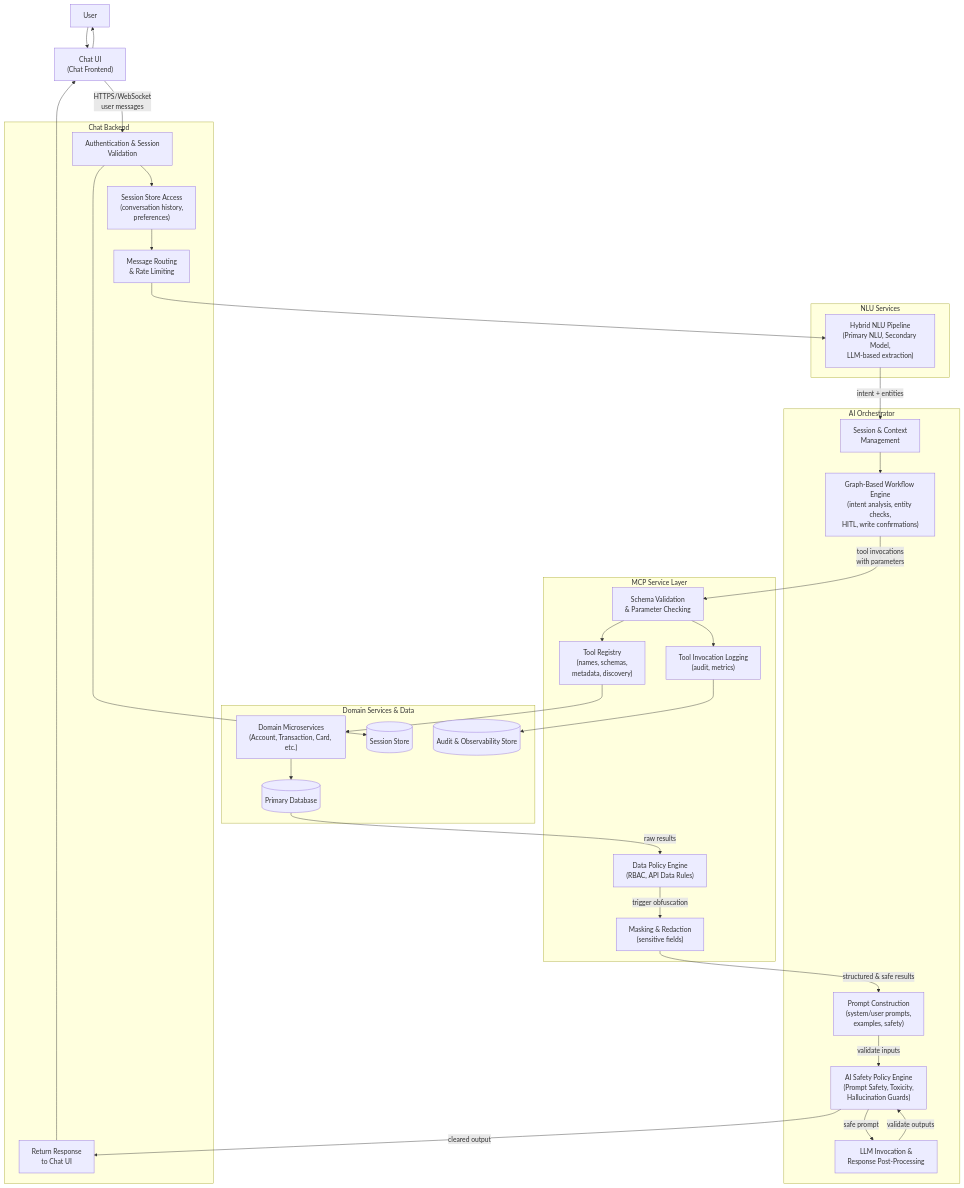
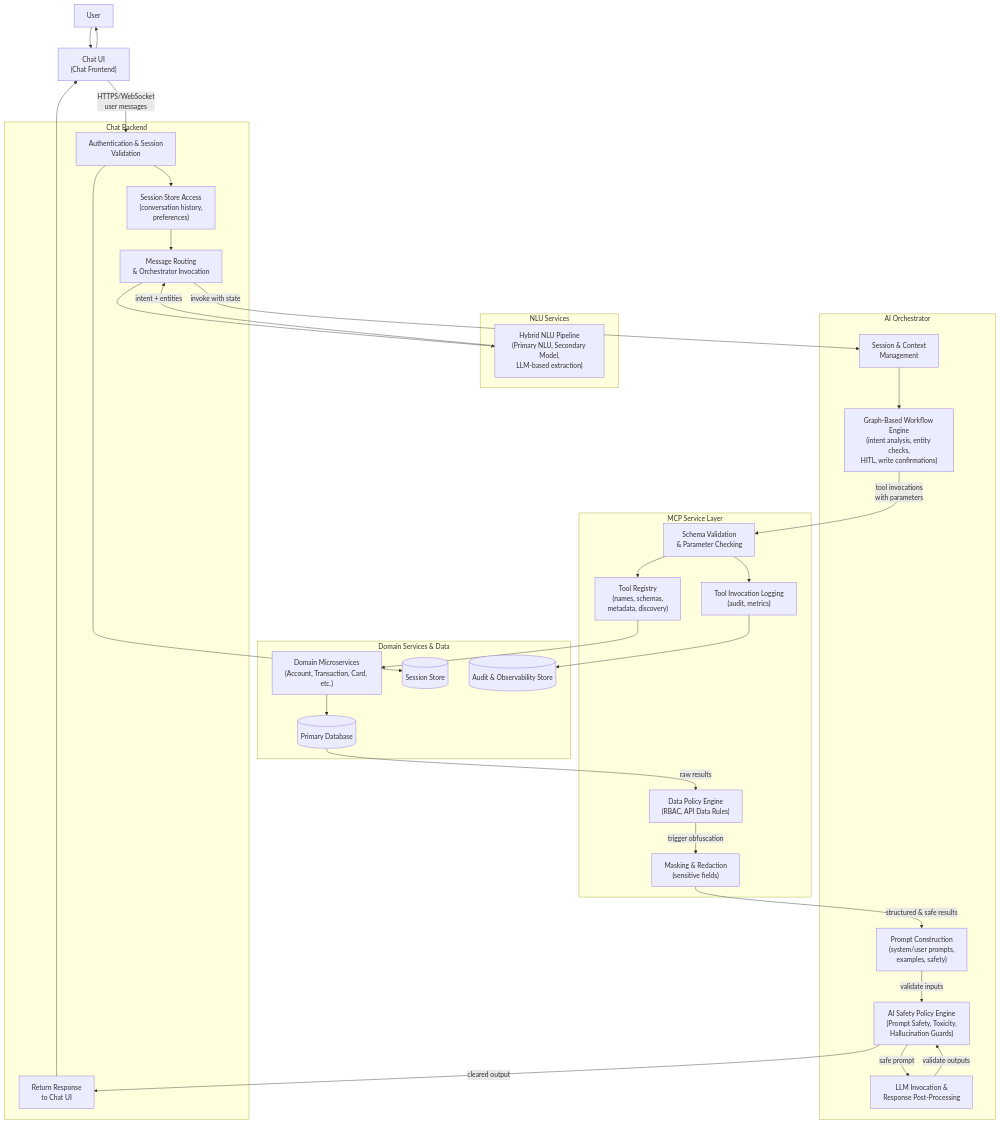
The first of 3 diagrams in docs/archive/white+paper_banking_chat.md (kishorekota-dev/map_demo), drawn with Mermaid before and after one commit. The commit also changed other lines of this file, not shown here.

Commit message:
refine backend message routing and orchestration details in white paper

````diff
--- a/docs/archive/white+paper_banking_chat.md
+++ b/docs/archive/white+paper_banking_chat.md
@@ -80,64 +80,65 @@
 ```mermaid
 flowchart TD
   U[User] --> UI["Chat UI<br/>(Chat Frontend)"]
 
   subgraph Backend["Chat Backend"]
     AUTH["Authentication & Session<br/>Validation"]
     SESS["Session Store Access<br/>(conversation history,<br/>preferences)"]
-    ROUTE["Message Routing<br/>& Rate Limiting"]
+    ROUTE["Message Routing<br/>& Orchestrator Invocation"]
     OUT["Return Response<br/>to Chat UI"]
   end
 
   subgraph NLULayer["NLU Services"]
     NLU_PIPE["Hybrid NLU Pipeline<br/>(Primary NLU, Secondary Model,<br/>LLM-based extraction)"]
   end
 
   subgraph Orchestrator["AI Orchestrator"]
     CTX["Session & Context<br/>Management"]
     WF["Graph-Based Workflow Engine<br/>(intent analysis, entity checks,<br/>HITL, write confirmations)"]
     PROMPTS["Prompt Construction<br/>(system/user prompts,<br/>examples, safety)"]
     POLICY_AI["AI Safety Policy Engine<br/>(Prompt Safety, Toxicity,<br/>Hallucination Guards)"]
     RESP["LLM Invocation &<br/>Response Post-Processing"]
   end
 
   subgraph MCP["MCP Service Layer"]
     VAL["Schema Validation<br/>& Parameter Checking"]
     REG["Tool Registry<br/>(names, schemas,<br/>metadata, discovery)"]
     POLICY_MCP["Data Policy Engine<br/>(RBAC, API Data Rules)"]
     MASK["Masking & Redaction<br/>(sensitive fields)"]
     LOG["Tool Invocation Logging<br/>(audit, metrics)"]
   end
 
   subgraph Domain["Domain Services & Data"]
     SVC["Domain Microservices<br/>(Account, Transaction, Card, etc.)"]
     DB[("Primary Database")]
     SSTORE[("Session Store")]
     AUDIT[("Audit & Observability Store")]
   end
 
   UI -->|HTTPS/WebSocket<br/>user messages| AUTH
   AUTH --> SESS
   AUTH --> SSTORE
   SESS --> ROUTE
   ROUTE --> NLU_PIPE
-  NLU_PIPE -->|intent + entities| CTX
+  NLU_PIPE -->|intent + entities| ROUTE
+  ROUTE -->|invoke with state| CTX
   CTX --> WF
 
   WF -->|tool invocations<br/>with parameters| VAL
   VAL --> REG
   VAL --> LOG
   LOG --> AUDIT
 
   REG --> SVC
   SVC --> DB
   DB -->|raw results| POLICY_MCP
   POLICY_MCP -->|trigger obfuscation| MASK
   MASK -->|structured & safe results| PROMPTS
 
   PROMPTS -->|validate inputs| POLICY_AI
   POLICY_AI -->|safe prompt| RESP
   RESP -->|validate outputs| POLICY_AI
   POLICY_AI -->|cleared output| OUT
   OUT --> UI
   UI --> U
 ```
````
